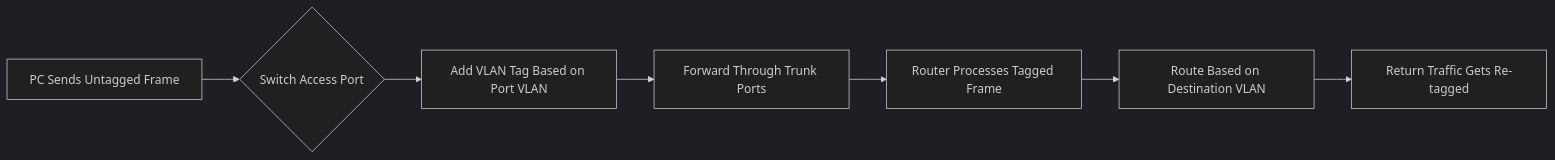
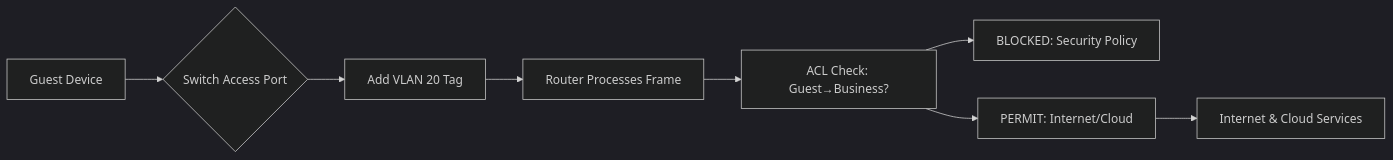
The second of 2 diagrams in project-01-soho-network/README.md (rick-homelab/business-network-simulations), drawn with Mermaid (dark theme) before and after one commit. The commit also changed other lines of this file, not shown here.

````diff
--- a/project-01-soho-network/README.md
+++ b/project-01-soho-network/README.md
@@ -265,9 +271,10 @@
 ```mermaid
 graph LR
-    A[PC Sends Untagged Frame] --> B{Switch Access Port}
-    B --> C[Add VLAN Tag Based on Port VLAN]
-    C --> D[Forward Through Trunk Ports]
-    D --> E[Router Processes Tagged Frame]
-    E --> F[Route Based on Destination VLAN]
-    F --> G[Return Traffic Gets Re-tagged]
+    A[Guest Device] --> B{Switch Access Port}
+    B --> C[Add VLAN 20 Tag]
+    C --> D[Router Processes Frame]
+    D --> E[ACL Check: Guest→Business?]
+    E --> F[BLOCKED: Security Policy]
+    E --> G[PERMIT: Internet/Cloud]
+    G --> H[Internet & Cloud Services]
 ```
````
